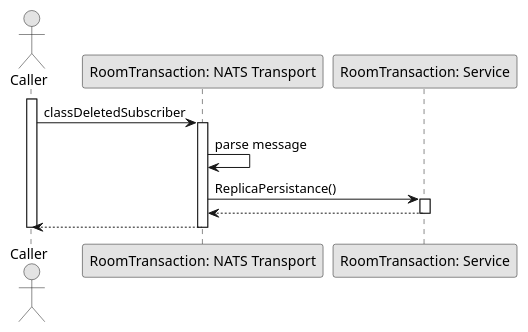
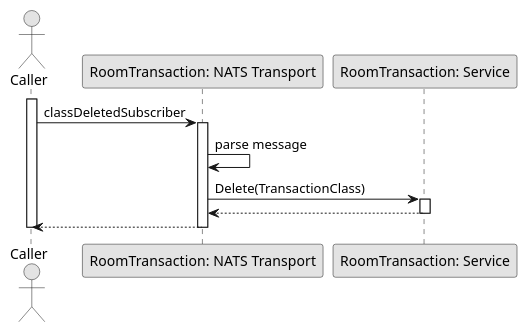
Before and after one commit to fwidjaya20/fazzlearning-uml: the diagram in Sequence/Release02/TRANSACTION_SubscribeClassDelete.wsd, drawn with PlantUML. The commit also changed 4 other files, not shown here.

```diff
--- a/Sequence/Release02/TRANSACTION_SubscribeClassDelete.wsd
+++ b/Sequence/Release02/TRANSACTION_SubscribeClassDelete.wsd
@@ -1,25 +1,25 @@
 @startuml SubscribeClassDeleted
 
 skinparam ConditionStyle hline
 skinparam Monochrome true
 skinparam Shadowing false
 
 actor Caller
 participant "RoomTransaction: NATS Transport" as RoomTransactionNATSTransport
 participant "RoomTransaction: Service" as RoomTransactionService
 
 activate Caller
 
 Caller->RoomTransactionNATSTransport: classDeletedSubscriber
 activate RoomTransactionNATSTransport
 RoomTransactionNATSTransport->RoomTransactionNATSTransport: parse message
-RoomTransactionNATSTransport->RoomTransactionService: ReplicaPersistance()
+RoomTransactionNATSTransport->RoomTransactionService: Delete(TransactionClass)
 activate RoomTransactionService
 RoomTransactionService-->RoomTransactionNATSTransport
 deactivate RoomTransactionService
 RoomTransactionNATSTransport-->Caller
 deactivate RoomTransactionNATSTransport
 
 deactivate Caller
 
 @enduml
```
